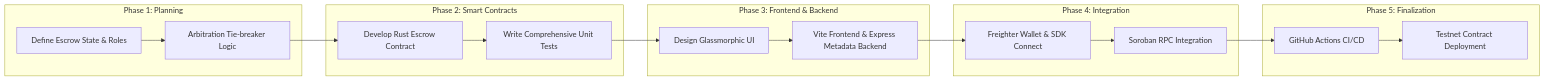
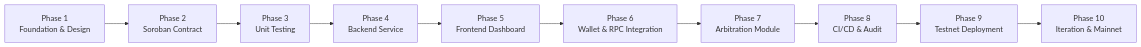
The second of 2 diagrams in README.md (ranitpal77/rental-deposit), drawn with Mermaid before and after one commit. The commit also changed other lines of this file and 5 other files, not shown here.

````diff
--- a/README.md
+++ b/README.md
@@ -98,22 +171,12 @@
 ```mermaid
 flowchart LR
-    subgraph Phase 1: Planning
-        A[Define Escrow State & Roles] --> B[Arbitration Tie-breaker Logic]
-    end
-    subgraph Phase 2: Smart Contracts
-        B --> C[Develop Rust Escrow Contract]
-        C --> D[Write Comprehensive Unit Tests]
-    end
-    subgraph Phase 3: Frontend & Backend
-        D --> E[Design Glassmorphic UI]
-        E --> F[Vite Frontend & Express Metadata Backend]
-    end
-    subgraph Phase 4: Integration
-        F --> G[Freighter Wallet & SDK Connect]
-        G --> H[Soroban RPC Integration]
-    end
-    subgraph Phase 5: Finalization
-        H --> I[GitHub Actions CI/CD]
-        I --> J[Testnet Contract Deployment]
-    end
+    P1[Phase 1<br/>Foundation & Design] --> P2[Phase 2<br/>Soroban Contract]
+    P2 --> P3[Phase 3<br/>Unit Testing]
+    P3 --> P4[Phase 4<br/>Backend Service]
+    P4 --> P5[Phase 5<br/>Frontend Dashboard]
+    P5 --> P6[Phase 6<br/>Wallet & RPC Integration]
+    P6 --> P7[Phase 7<br/>Arbitration Module]
+    P7 --> P8[Phase 8<br/>CI/CD & Audit]
+    P8 --> P9[Phase 9<br/>Testnet Deployment]
+    P9 --> P10[Phase 10<br/>Iteration & Mainnet]
 ```
````
